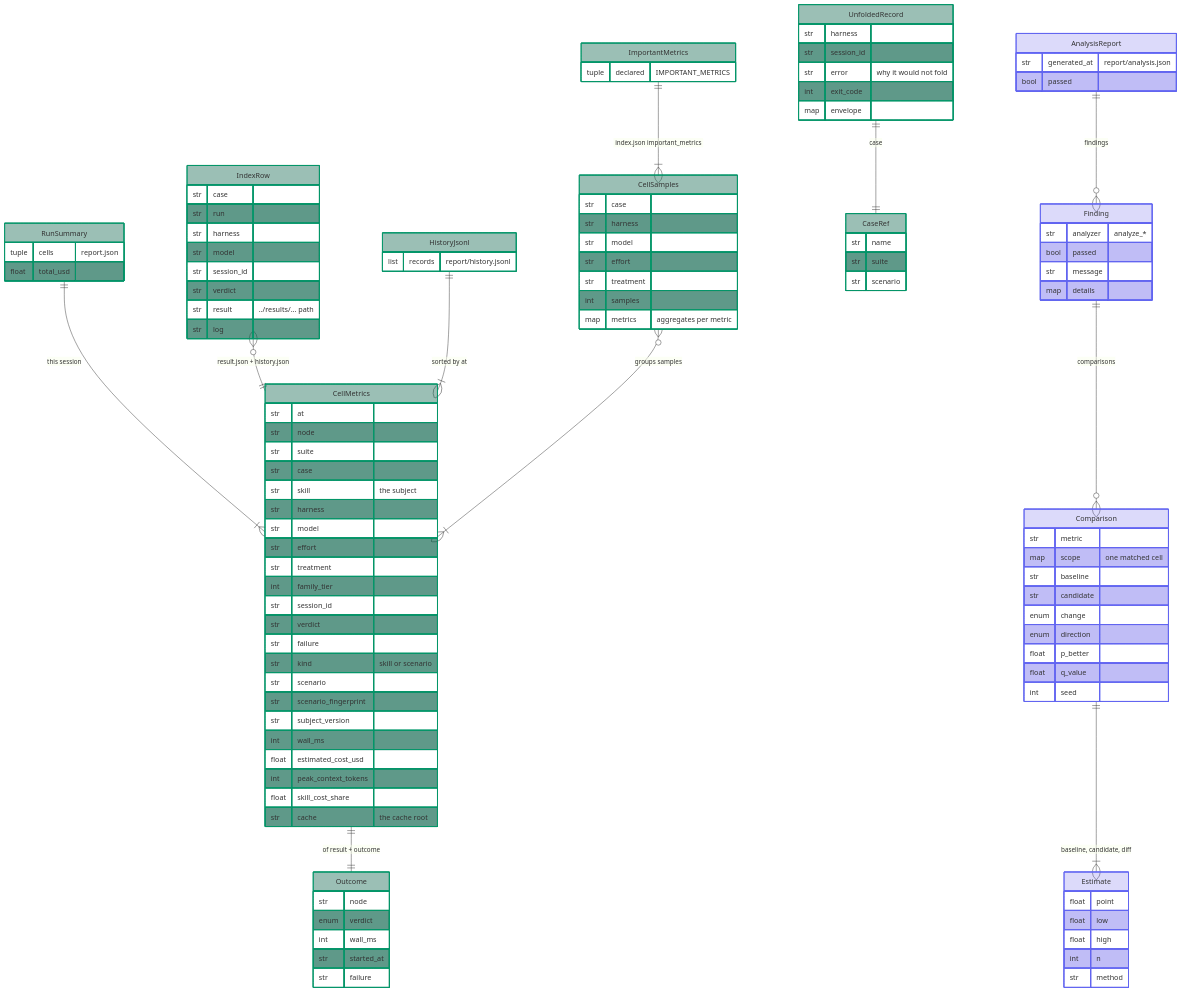
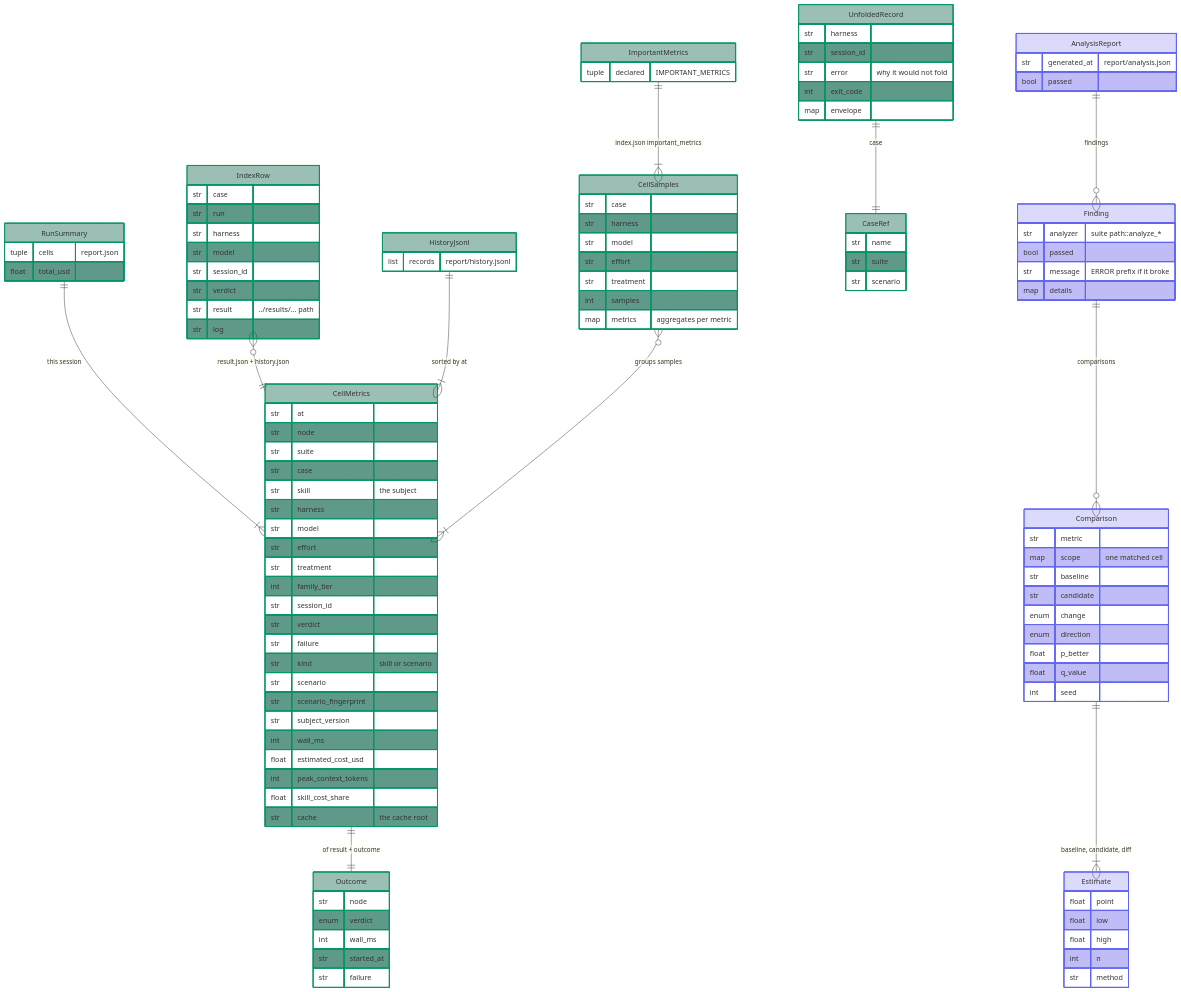
One commit to neozenith/pytest-xharness-eval changed diagram 19 of 39 in ARCHITECTURE.md. Above: the diagram before and after it, drawn with Mermaid. The commit also changed other lines of this file and 1 other file, not shown here.

First line of the commit message:
docs: ARCHITECTURE.md refreshed for the wired Analyzer, CellPlan and ADR 0076 names

```diff
--- a/ARCHITECTURE.md
+++ b/ARCHITECTURE.md
@@ -1156,9 +1221,9 @@
         bool passed
     }
     Finding {
-        str analyzer "analyze_*"
+        str analyzer "suite path::analyze_*"
         bool passed
-        str message
+        str message "ERROR prefix if it broke"
         map details
     }
     Comparison {
```
